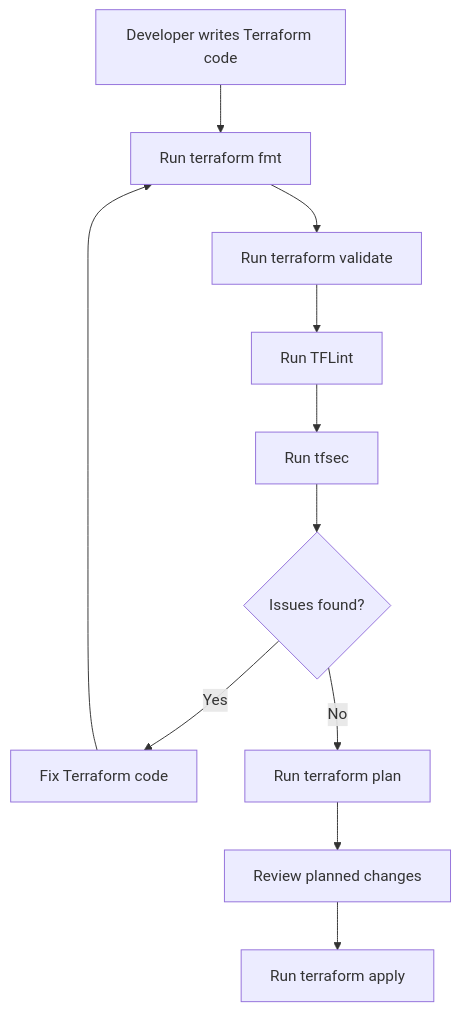
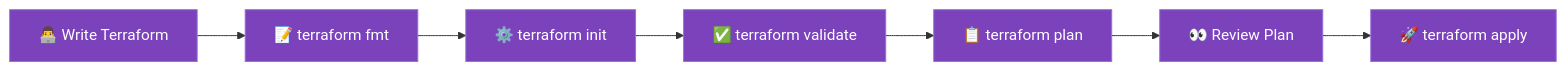
The seventh of 15 diagrams in README.md (Kureti-Venkat-Nishit-Pvt/KNIGHT), drawn with Mermaid before and after one commit. The commit also changed other lines of this file and 7 other files, not shown here.

````diff
--- a/README.md
+++ b/README.md
@@ -167,15 +649,33 @@
 ```mermaid
+flowchart LR
 
-flowchart TD
-    A["Developer writes Terraform code"] --> B["Run terraform fmt"]
-    B --> C["Run terraform validate"]
-    C --> D["Run TFLint"]
-    D --> E["Run tfsec"]
-    E --> F{"Issues found?"}
-    F -->|"Yes"| G["Fix Terraform code"]
-    G --> B
-    F -->|"No"| H["Run terraform plan"]
-    H --> I["Review planned changes"]
-    I --> J["Run terraform apply"]
+A["👨‍💻 Write Terraform"]
 
-  ```
+B["📝 terraform fmt"]
+
+C["⚙️ terraform init"]
+
+D["✅ terraform validate"]
+
+E["📋 terraform plan"]
+
+F["👀 Review Plan"]
+
+G["🚀 terraform apply"]
+
+A --> B
+
+B --> C
+
+C --> D
+
+D --> E
+
+E --> F
+
+F --> G
+
+classDef terraform fill:#7B42BC,color:white
+
+class A,B,C,D,E,F,G terraform
+```
````
